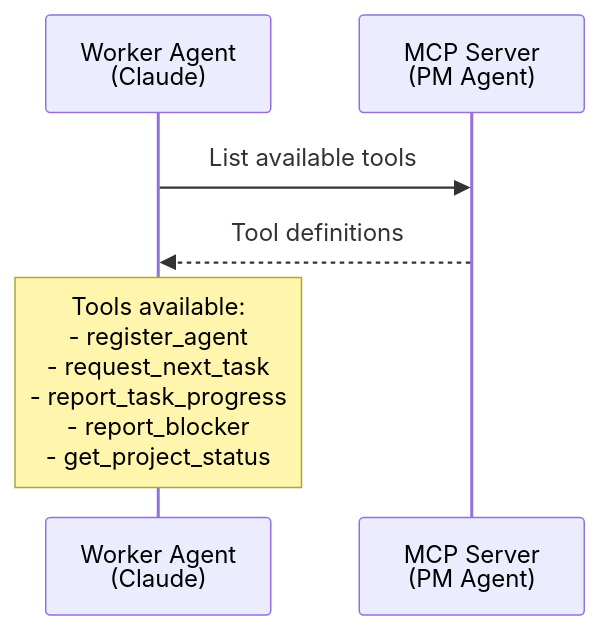
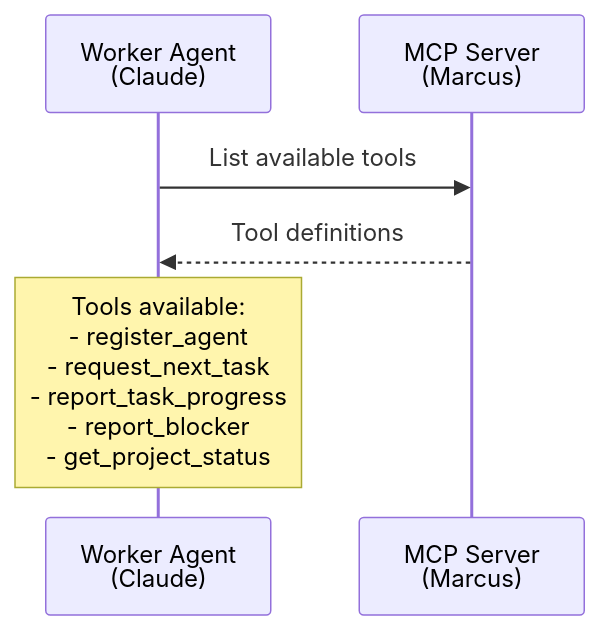
Before and after one commit to lwgray/pm-agent: the second of 2 diagrams in docs/concepts/mcp-protocol.md, drawn with Mermaid. The commit also changed other lines of this file and 54 other files, not shown here.

````diff
--- a/docs/concepts/mcp-protocol.md
+++ b/docs/concepts/mcp-protocol.md
@@ -84,9 +84,9 @@
 ```mermaid
 sequenceDiagram
     participant W as Worker Agent<br/>(Claude)
-    participant M as MCP Server<br/>(PM Agent)
+    participant M as MCP Server<br/>(Marcus)
     
     W->>M: List available tools
     M-->>W: Tool definitions
     Note over W: Tools available:<br/>- register_agent<br/>- request_next_task<br/>- report_task_progress<br/>- report_blocker<br/>- get_project_status
 ```
````
